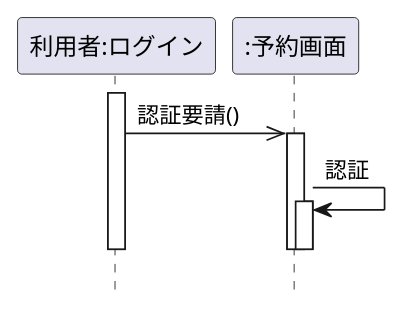
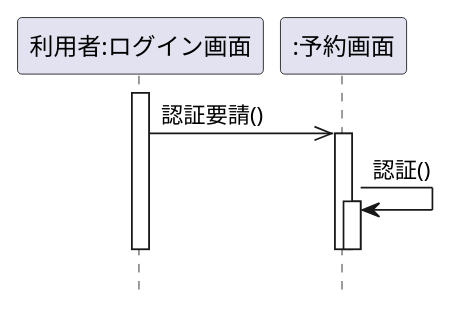
Before and after one commit to ponkotu1/uml-introduction: the diagram in 演習4-2_SD_利用者と予約画面.pu, drawn with PlantUML. The commit also changed 5 other files, not shown here.

```diff
--- a/演習4-2_SD_利用者と予約画面.pu
+++ b/演習4-2_SD_利用者と予約画面.pu
@@ -1,13 +1,13 @@
 @startuml 演習4-2
 hide footbox
-participant "利用者:ログイン" as login
+participant "利用者:ログイン画面" as login
 participant ":予約画面" as Module
 activate login
 login ->> Module:認証要請()
 activate Module
-Module -> Module: 認証
+Module -> Module: 認証()
 activate Module
 deactivate Module
 deactivate Module
 deactivate login
 @enduml
```
